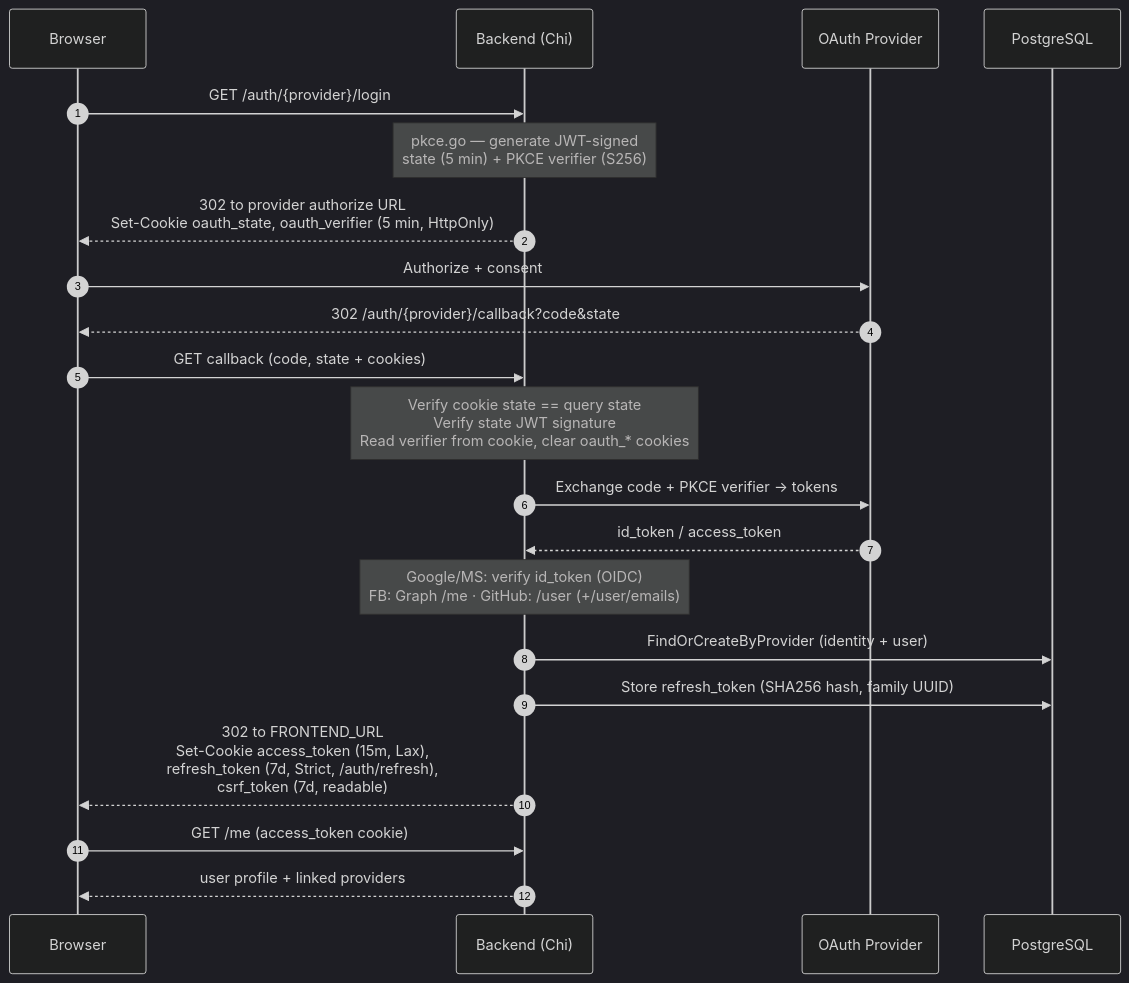
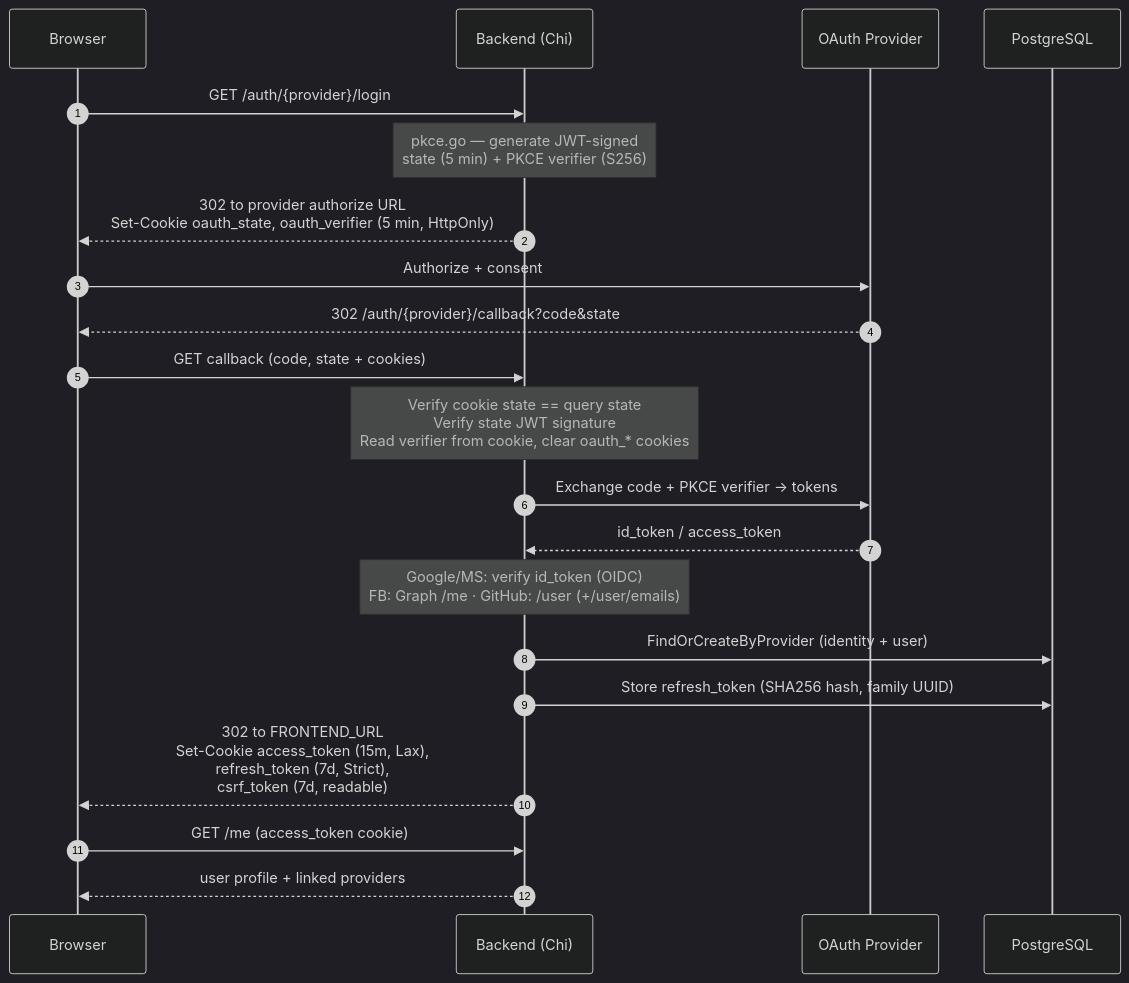
Before and after one commit to abdurahmon27/oidc-for-auth: the second of 5 diagrams in docs/architecture-server-driven.md, drawn with Mermaid (dark theme). The commit also changed other lines of this file and 5 other files, not shown here.

Commit message:
fix: change cookie path for refresh token

````diff
--- a/docs/architecture-server-driven.md
+++ b/docs/architecture-server-driven.md
@@ -70,24 +70,24 @@
 ```mermaid
 sequenceDiagram
     autonumber
     participant U as Browser
     participant B as Backend (Chi)
     participant P as OAuth Provider
     participant DB as PostgreSQL
 
     U->>B: GET /auth/{provider}/login
     Note over B: pkce.go — generate JWT-signed<br/>state (5 min) + PKCE verifier (S256)
     B-->>U: 302 to provider authorize URL<br/>Set-Cookie oauth_state, oauth_verifier (5 min, HttpOnly)
     U->>P: Authorize + consent
     P-->>U: 302 /auth/{provider}/callback?code&state
     U->>B: GET callback (code, state + cookies)
     Note over B: Verify cookie state == query state<br/>Verify state JWT signature<br/>Read verifier from cookie, clear oauth_* cookies
     B->>P: Exchange code + PKCE verifier → tokens
     P-->>B: id_token / access_token
     Note over B: Google/MS: verify id_token (OIDC)<br/>FB: Graph /me · GitHub: /user (+/user/emails)
     B->>DB: FindOrCreateByProvider (identity + user)
     B->>DB: Store refresh_token (SHA256 hash, family UUID)
-    B-->>U: 302 to FRONTEND_URL<br/>Set-Cookie access_token (15m, Lax),<br/>refresh_token (7d, Strict, /auth/refresh),<br/>csrf_token (7d, readable)
+    B-->>U: 302 to FRONTEND_URL<br/>Set-Cookie access_token (15m, Lax),<br/>refresh_token (7d, Strict),<br/>csrf_token (7d, readable)
     U->>B: GET /me (access_token cookie)
     B-->>U: user profile + linked providers
 ```
````
